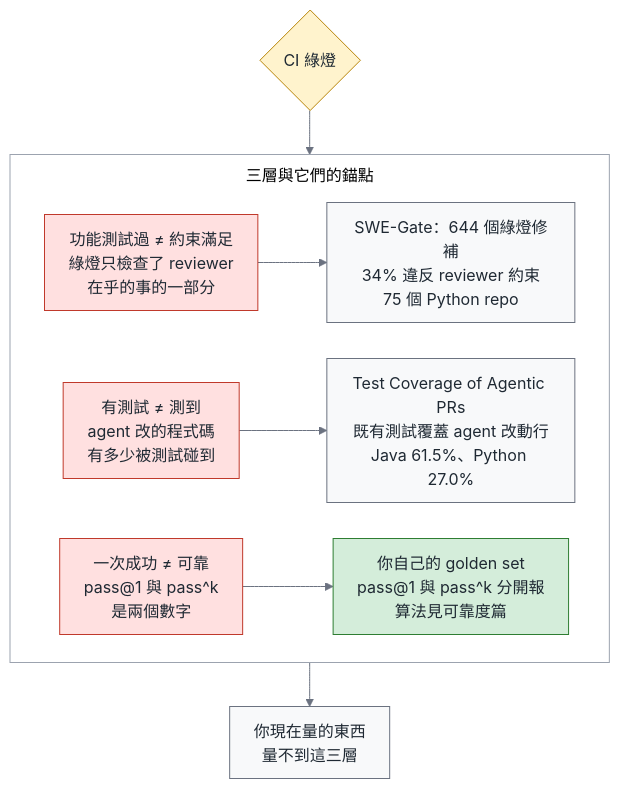
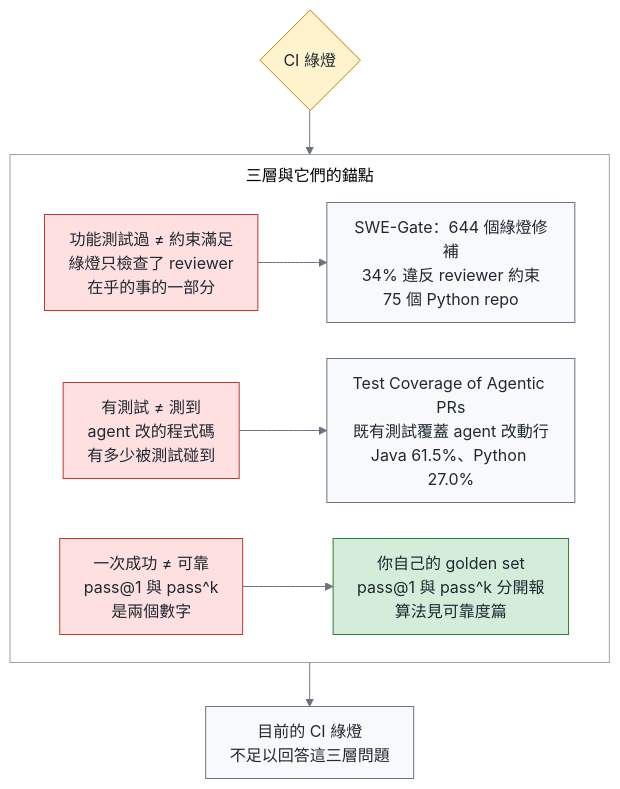
One commit to fantasybz/medium-articles changed the second of 10 diagrams in 2026-10-green-overview/article.md. Above: the diagram before and after it, drawn with Mermaid. The commit also changed other lines of this file and 93 other files, not shown here.

````diff
--- a/2026-10-green-overview/article.md
+++ b/2026-10-green-overview/article.md
@@ -143,43 +143,43 @@
 ```mermaid
 ---
 config:
   theme: base
   themeVariables:
     fontSize: 16px
     primaryColor: "#f8f9fa"
     primaryTextColor: "#1f2933"
     primaryBorderColor: "#6b7280"
     lineColor: "#6b7280"
     secondaryColor: "#f8f9fa"
     tertiaryColor: "#ffffff"
     clusterBkg: "#ffffff"
     clusterBorder: "#9ca3af"
     edgeLabelBackground: "#ffffff"
   flowchart:
     nodeSpacing: 36
     rankSpacing: 44
     padding: 12
     htmlLabels: true
     subGraphTitleMargin:
       top: 8
       bottom: 12
     curve: basis
 ---
 flowchart TB
     classDef own fill:#d4edda,stroke:#2e7d32,color:#1f2933
     classDef buy fill:#fff3cd,stroke:#b8860b,color:#1f2933
     classDef bad fill:#ffe0e0,stroke:#c0392b,color:#1f2933
     classDef human fill:#e3f2fd,stroke:#1565c0,color:#1f2933
     G{"CI 綠燈"}
     subgraph layers["三層與它們的錨點"]
         direction LR
         L1["功能測試過 ≠ 約束滿足<br/>綠燈只檢查了 reviewer<br/>在乎的事的一部分"] --> S1["SWE-Gate：644 個綠燈修補<br/>34% 違反 reviewer 約束<br/>75 個 Python repo"]
         L2["有測試 ≠ 測到<br/>agent 改的程式碼<br/>有多少被測試碰到"] --> S2["Test Coverage of Agentic PRs<br/>既有測試覆蓋 agent 改動行<br/>Java 61.5%、Python 27.0%"]
         L3["一次成功 ≠ 可靠<br/>pass@1 與 pass^k<br/>是兩個數字"] --> S3["你自己的 golden set<br/>pass@1 與 pass^k 分開報<br/>算法見可靠度篇"]
     end
     G --> layers
-    layers --> C["你現在量的東西<br/>量不到這三層"]
+    layers --> C["目前的 CI 綠燈<br/>不足以回答這三層問題"]
     class G buy
     class L1,L2,L3 bad
     class S3 own
 ```
````
